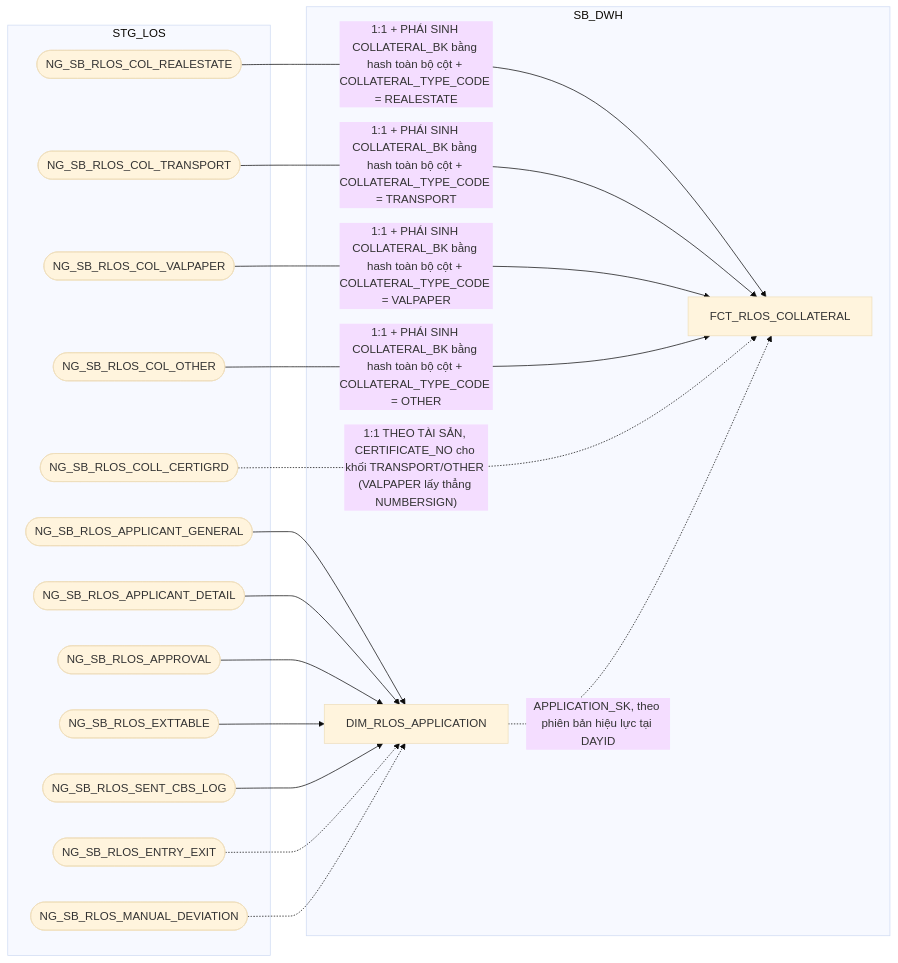
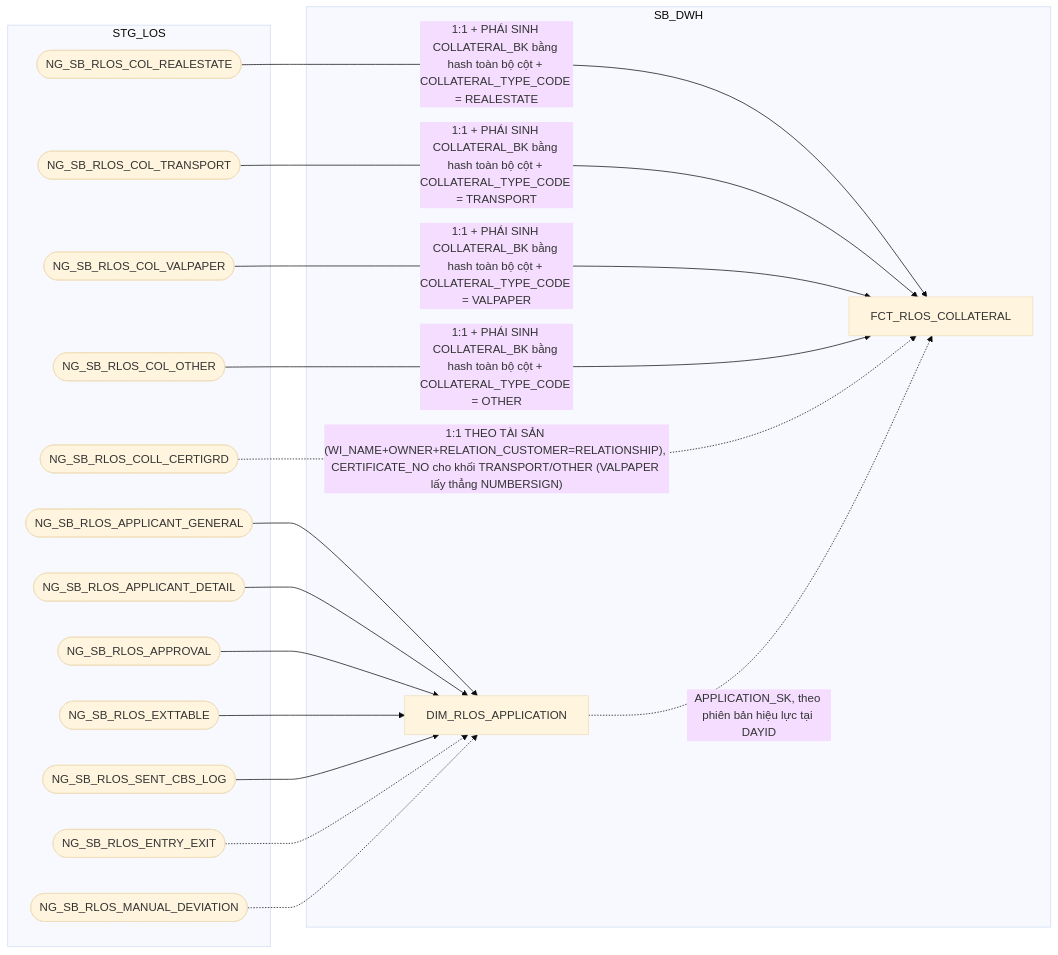
One commit to chien1198/sb-mapping-gen changed the eighth of 14 diagrams in hld/hld_review/HLD_FCT_SB_DWH_review.md. Above: the diagram before and after it, drawn with Mermaid (base theme). The commit also changed other lines of this file and 49 other files, not shown here.

````diff
--- a/hld/hld_review/HLD_FCT_SB_DWH_review.md
+++ b/hld/hld_review/HLD_FCT_SB_DWH_review.md
@@ -594,34 +595,34 @@
 ```mermaid
 flowchart LR
     subgraph STG_LOS
         A1(["NG_SB_RLOS_COL_REALESTATE"])
         A2(["NG_SB_RLOS_COL_TRANSPORT"])
         A3(["NG_SB_RLOS_COL_VALPAPER"])
         A4(["NG_SB_RLOS_COL_OTHER"])
         A5(["NG_SB_RLOS_COLL_CERTIGRD"])
         P1(["NG_SB_RLOS_APPLICANT_GENERAL"])
         P2(["NG_SB_RLOS_APPLICANT_DETAIL"])
         P3(["NG_SB_RLOS_APPROVAL"])
         P4(["NG_SB_RLOS_EXTTABLE"])
         P5(["NG_SB_RLOS_SENT_CBS_LOG"])
         P6(["NG_SB_RLOS_ENTRY_EXIT"])
         P7(["NG_SB_RLOS_MANUAL_DEVIATION"])
     end
     subgraph SB_DWH
         D["DIM_RLOS_APPLICATION"]
         C["FCT_RLOS_COLLATERAL"]
     end
     A1 -->|"1:1 + PHÁI SINH COLLATERAL_BK bằng hash toàn bộ cột + COLLATERAL_TYPE_CODE = REALESTATE"| C
     A2 -->|"1:1 + PHÁI SINH COLLATERAL_BK bằng hash toàn bộ cột + COLLATERAL_TYPE_CODE = TRANSPORT"| C
     A3 -->|"1:1 + PHÁI SINH COLLATERAL_BK bằng hash toàn bộ cột + COLLATERAL_TYPE_CODE = VALPAPER"| C
     A4 -->|"1:1 + PHÁI SINH COLLATERAL_BK bằng hash toàn bộ cột + COLLATERAL_TYPE_CODE = OTHER"| C
-    A5 -.->|"1:1 THEO TÀI SẢN, CERTIFICATE_NO cho khối TRANSPORT/OTHER (VALPAPER lấy thẳng NUMBERSIGN)"| C
+    A5 -.->|"1:1 THEO TÀI SẢN (WI_NAME+OWNER+RELATION_CUSTOMER=RELATIONSHIP), CERTIFICATE_NO cho khối TRANSPORT/OTHER (VALPAPER lấy thẳng NUMBERSIGN)"| C
     D -.->|"APPLICATION_SK, theo phiên bản hiệu lực tại DAYID"| C
     P1 --> D
     P2 --> D
     P3 --> D
     P4 --> D
     P5 --> D
     P6 -.-> D
     P7 -.-> D
 ```
````
